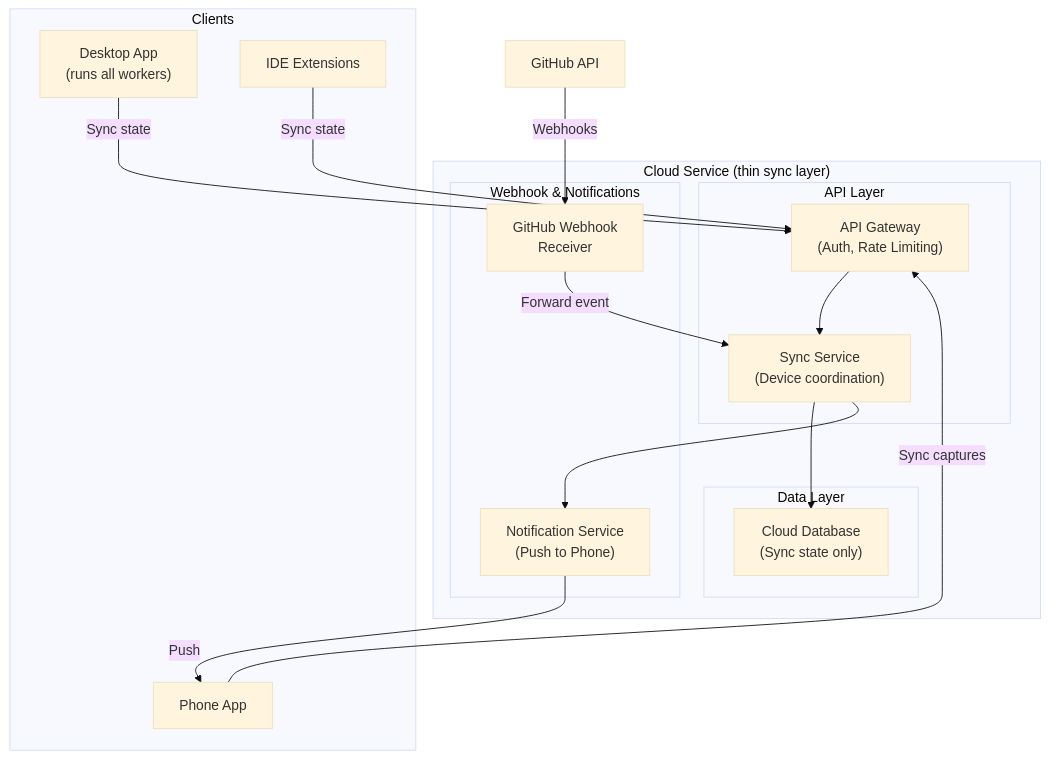
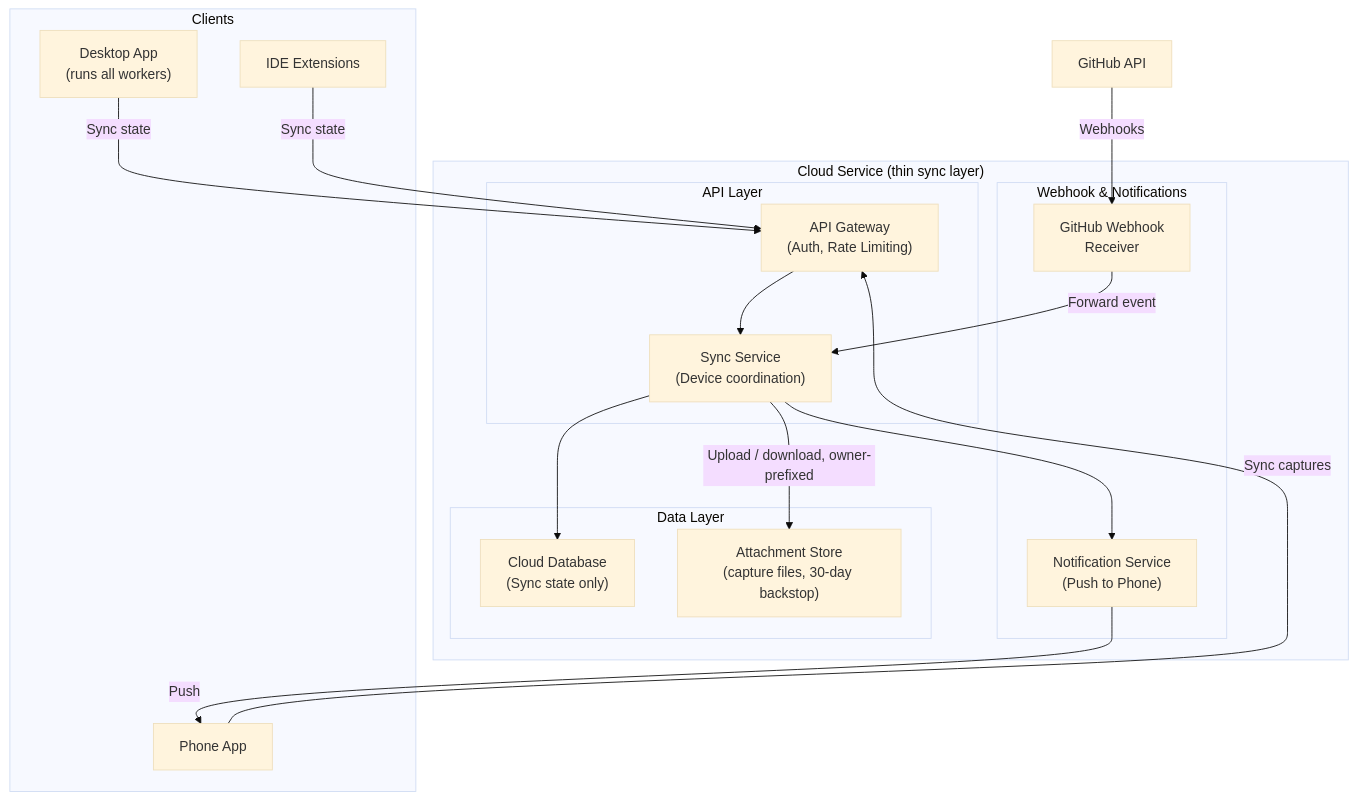
Before and after one commit to JSdotNet/Backlog: the sixth of 6 diagrams in .devbook/arc42/05-building-block-view.md, drawn with Mermaid (base theme). The commit also changed other lines of this file and 45 other files, not shown here.

First line of the commit message:
Add the attachment store to the sync service and the AppHost

````diff
--- a/.devbook/arc42/05-building-block-view.md
+++ b/.devbook/arc42/05-building-block-view.md
@@ -434,36 +448,38 @@
 ```mermaid
 flowchart TB
   subgraph "Cloud Service (thin sync layer)"
     subgraph "API Layer"
       Gateway["API Gateway\n(Auth, Rate Limiting)"]
       SyncAPI["Sync Service\n(Device coordination)"]
     end
     subgraph "Webhook & Notifications"
       GitHubWebhooks["GitHub Webhook\nReceiver"]
       NotificationService["Notification Service\n(Push to Phone)"]
     end
     subgraph "Data Layer"
       DB["Cloud Database\n(Sync state only)"]
+      Blobs["Attachment Store\n(capture files, 30-day backstop)"]
     end
   end
 
   subgraph "Clients"
     Phone["Phone App"]
     Desktop["Desktop App\n(runs all workers)"]
     IDE["IDE Extensions"]
   end
 
   GitHub["GitHub API"]
 
   Phone -->|Sync captures| Gateway
   Desktop -->|Sync state| Gateway
   IDE -->|Sync state| Gateway
 
   Gateway --> SyncAPI
   SyncAPI --> DB
+  SyncAPI -->|"Upload / download, owner-prefixed"| Blobs
 
   GitHub -->|Webhooks| GitHubWebhooks
   GitHubWebhooks -->|Forward event| SyncAPI
   SyncAPI --> NotificationService
   NotificationService -->|Push| Phone
 ```
````
